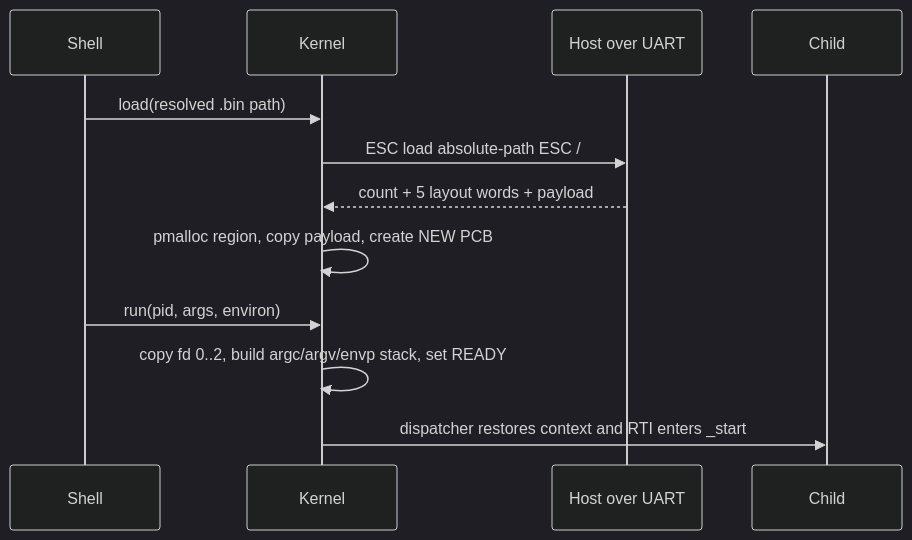
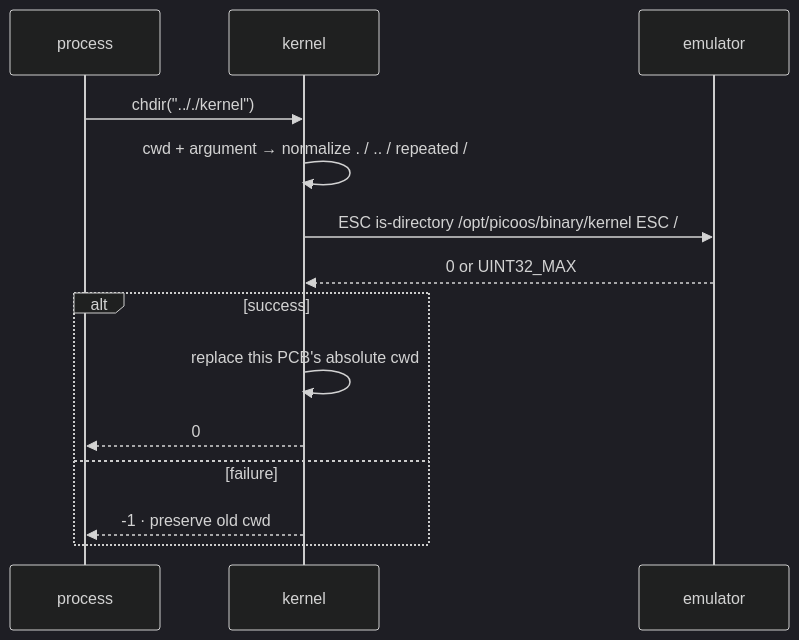
Diagram 12 of 13 in slides.md (matthejue/Pico-OS_Presentation), drawn with Mermaid (dark theme) before and after one commit. The commit also changed other lines of this file and 10 other files, not shown here.

````diff
--- a/slides.md
+++ b/slides.md
@@ -1077,14 +1512,16 @@
-```mermaid
+```mermaid {scale:0.8}
 sequenceDiagram
-    participant Sh as Shell
-    participant K as Kernel
-    participant H as Host over UART
-    participant C as Child
-    Sh->>K: load(resolved .bin path)
-    K->>H: ESC load absolute-path ESC /
-    H-->>K: count + 5 layout words + payload
-    K->>K: pmalloc region, copy payload, create NEW PCB
-    Sh->>K: run(pid, args, environ)
-    K->>K: copy fd 0..2, build argc/argv/envp stack, set READY
-    K->>C: dispatcher restores context and RTI enters _start
+    participant P as process
+    participant K as kernel
+    participant E as emulator
+    P->>K: chdir(".././kernel")
+    K->>K: cwd + argument → normalize . / .. / repeated /
+    K->>E: ESC is-directory /opt/picoos/binary/kernel ESC /
+    E-->>K: 0 or UINT32_MAX
+    alt success
+      K->>K: replace this PCB's absolute cwd
+      K-->>P: 0
+    else failure
+      K-->>P: -1 · preserve old cwd
+    end
 ```
````
